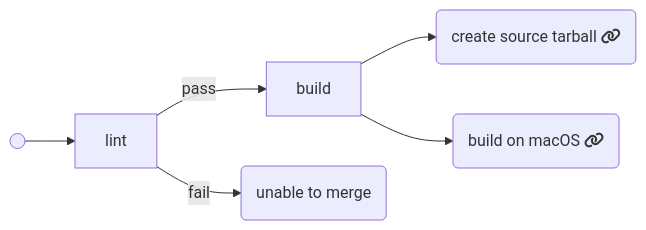
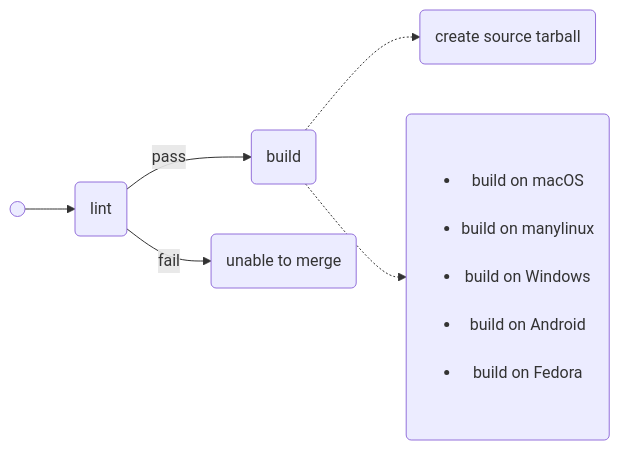
The diagram in .github/workflows/README.md (WasmEdge/WasmEdge), drawn with Mermaid before and after one commit. The commit also changed 3 other files, not shown here.

Commit message:
[CI] Make create-source-tarball a reusable workflow

````diff
--- a/.github/workflows/README.md
+++ b/.github/workflows/README.md
@@ -6,11 +6,15 @@
 ```mermaid
 flowchart LR
     %% _ is the starting point of everything
-    _(( ))-->lint
-    lint-->|pass|build
+    _(( ))-->lint(lint)
+    lint-->|pass|build(build)
     lint-->|fail|reject(unable to merge)
-    build-->source(create source tarball fa:fa-link)
-    click source "reusable-create-source-tarball.yml"
-    build-->macos(build on macOS fa:fa-link)
-    click macos "reusable-build-on-macos.yml"
+    build-.->source(create source tarball)
+    build-.->oss("<ul>
+      <li>build on macOS</li>
+      <li>build on manylinux</li>
+      <li>build on Windows</li>
+      <li>build on Android</li>
+      <li>build on Fedora</li>
+    </ul>")
 ```
````
